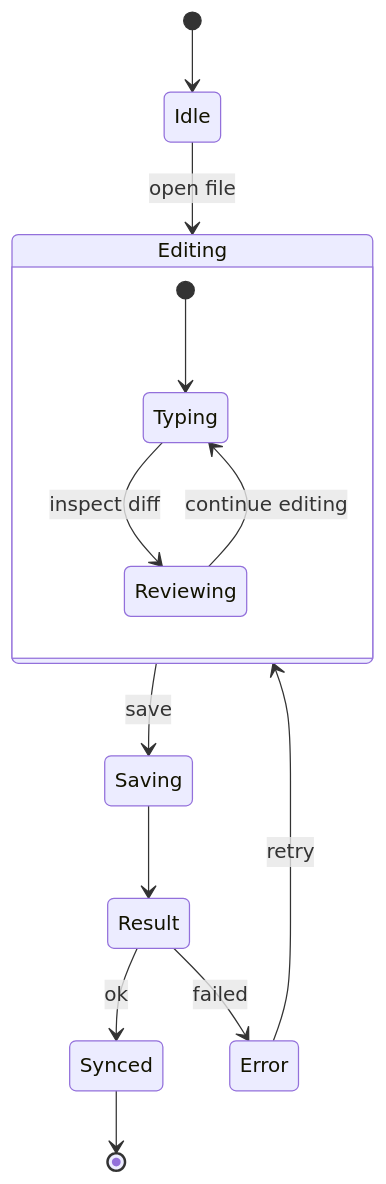
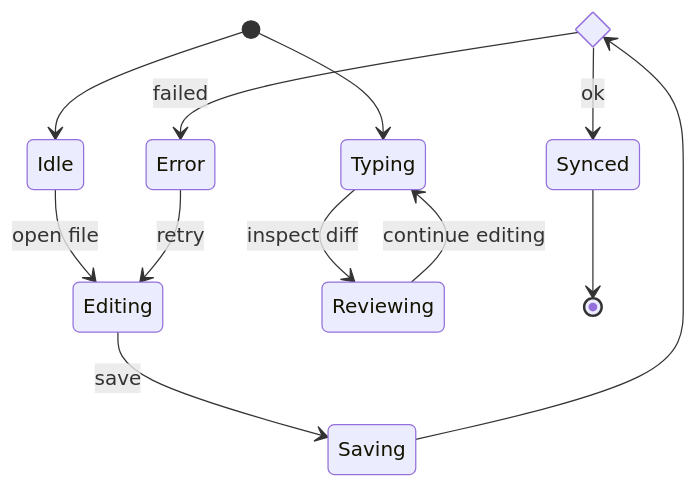
Before and after one commit to NikkiAsteinza/nima-editor-samples: the diagram in 03-mermaid-diagrams/05-state-diagram-v2.md, drawn with Mermaid. The commit also changed 4 other files, not shown here.

````diff
--- a/03-mermaid-diagrams/05-state-diagram-v2.md
+++ b/03-mermaid-diagrams/05-state-diagram-v2.md
@@ -5,19 +5,15 @@
 ```mermaid
 stateDiagram-v2
+    state Result <<choice>>
     [*] --> Idle
-    Idle --> Editing : open file
-    Editing --> Saving : save
+    Idle --> Editing: open file
+    Editing --> Saving: save
     Saving --> Result
-
-    state Editing {
-        [*] --> Typing
-        Typing --> Reviewing : inspect diff
-        Reviewing --> Typing : continue editing
-    }
-
-    state Result <<choice>>
-    Result --> Synced : ok
-    Result --> Error : failed
-    Error --> Editing : retry
+    [*] --> Typing
+    Typing --> Reviewing: inspect diff
+    Reviewing --> Typing: continue editing
+    Result --> Synced: ok
+    Result --> Error: failed
+    Error --> Editing: retry
     Synced --> [*]
 ```
````
